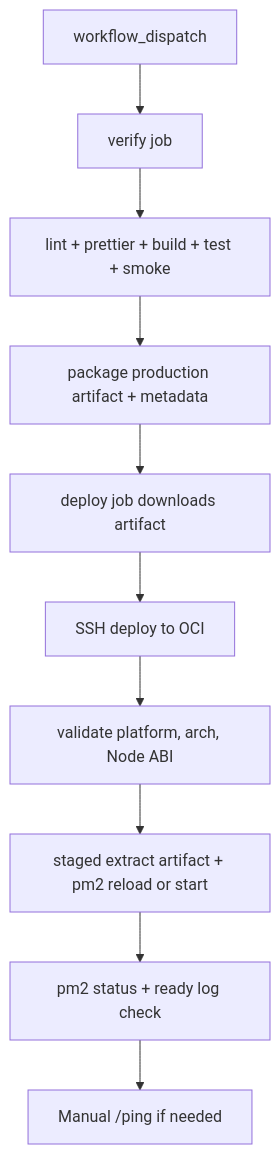
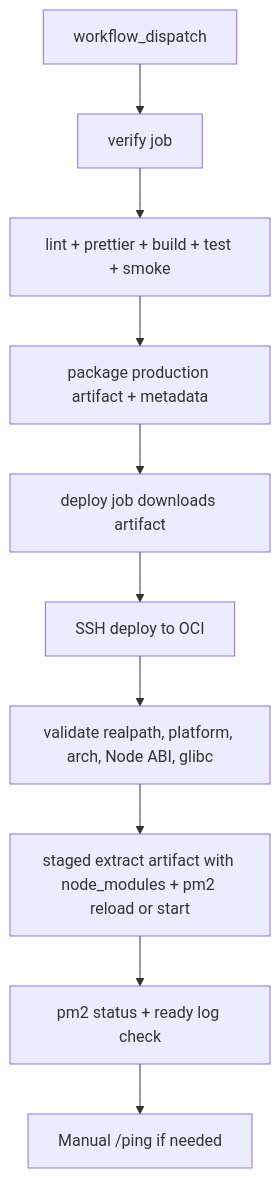
One commit to honki12345/haruharu-discord-bot changed the diagram in docs/PROJECT.md. Above: the diagram before and after it, drawn with Mermaid. The commit also changed other lines of this file and 3 other files, not shown here.

````diff
--- a/docs/PROJECT.md
+++ b/docs/PROJECT.md
@@ -272,12 +272,12 @@
 ```mermaid
 flowchart TD
   A[workflow_dispatch] --> B[verify job]
   B --> C[lint + prettier + build + test + smoke]
   C --> D[package production artifact + metadata]
   D --> E[deploy job downloads artifact]
   E --> F[SSH deploy to OCI]
-  F --> G[validate platform, arch, Node ABI]
-  G --> H[staged extract artifact + pm2 reload or start]
+  F --> G[validate realpath, platform, arch, Node ABI, glibc]
+  G --> H[staged extract artifact with node_modules + pm2 reload or start]
   H --> I[pm2 status + ready log check]
   I --> J[Manual /ping if needed]
 ```
````
